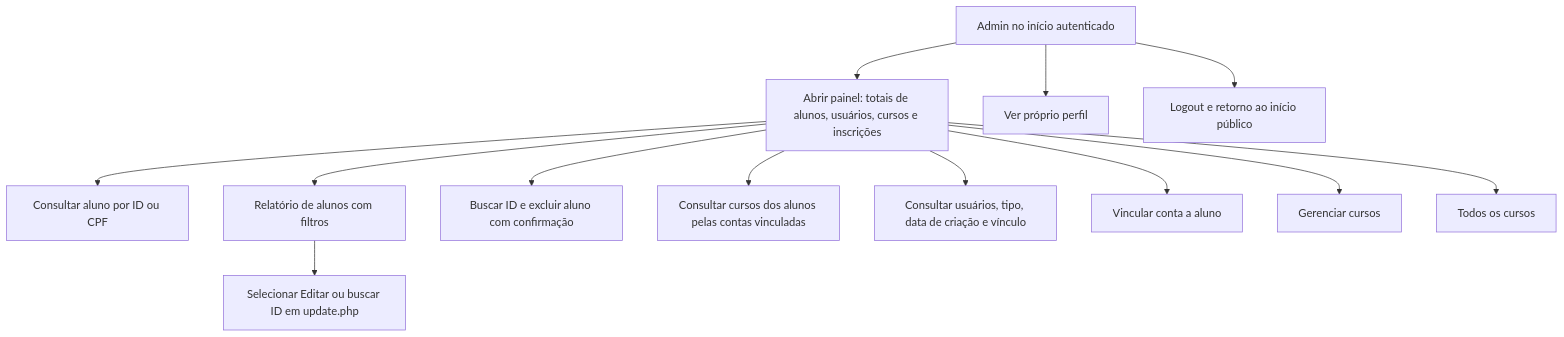
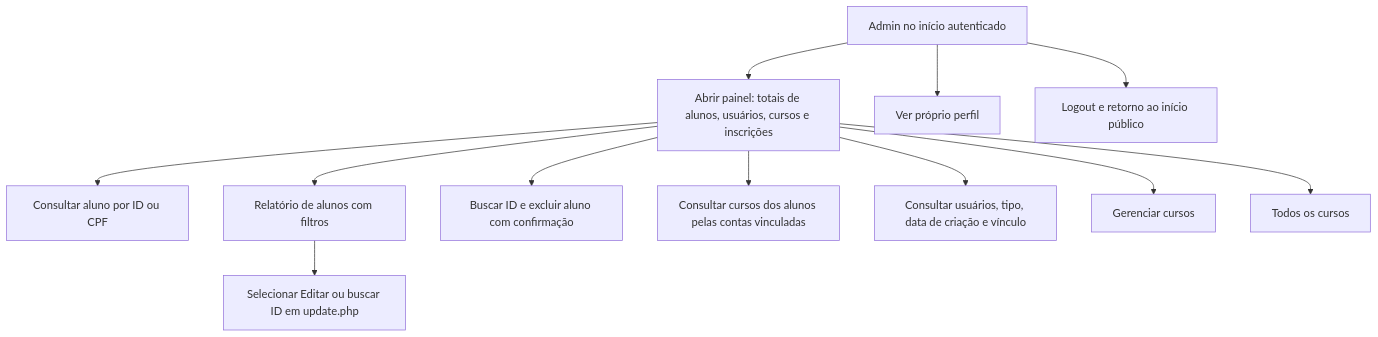
One commit to Matheus-Talasso-Gil/Impulsos-Cursos changed the tenth of 13 diagrams in diagrama.md. Above: the diagram before and after it, drawn with Mermaid. The commit also changed other lines of this file and 26 other files, not shown here.

````diff
--- a/diagrama.md
+++ b/diagrama.md
@@ -260,15 +260,14 @@
 ```mermaid
 flowchart TD
     Admin["Admin no início autenticado"] --> Painel["Abrir painel: totais de alunos, usuários, cursos e inscrições"]
     Painel --> Consulta["Consultar aluno por ID ou CPF"]
     Painel --> Relatorio["Relatório de alunos com filtros"]
     Relatorio --> Editar["Selecionar Editar ou buscar ID em update.php"]
     Painel --> Excluir["Buscar ID e excluir aluno com confirmação"]
     Painel --> AlunosCursos["Consultar cursos dos alunos pelas contas vinculadas"]
     Painel --> Contas["Consultar usuários, tipo, data de criação e vínculo"]
-    Painel --> Vincular["Vincular conta a aluno"]
     Painel --> Cursos["Gerenciar cursos"]
     Painel --> Catalogo["Todos os cursos"]
     Admin --> Perfil["Ver próprio perfil"]
     Admin --> Sair["Logout e retorno ao início público"]
 ```
````
